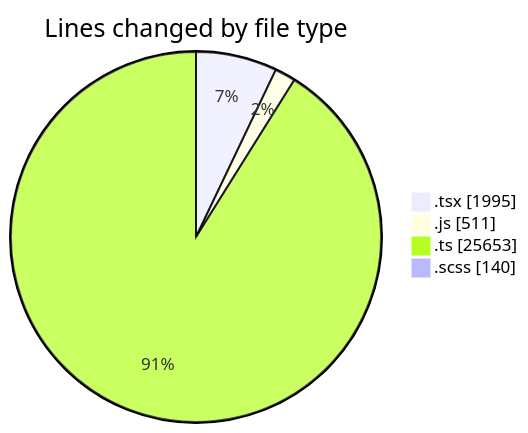
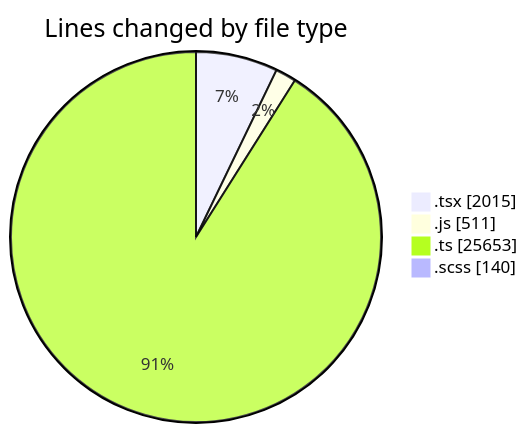
Before and after one commit to momahboobian/code-tracking: the first of 2 diagrams in 2025-06-30/cda/README.md, drawn with Mermaid. The commit also changed other lines of this file and 1 other file, not shown here.

````diff
--- a/2025-06-30/cda/README.md
+++ b/2025-06-30/cda/README.md
@@ -39,8 +39,8 @@
 ```mermaid
 pie showData
 title Lines changed by file type
-".tsx" : 1995
+".tsx" : 2015
 ".js" : 511
 ".ts" : 25653
 ".scss" : 140
 ```
````
